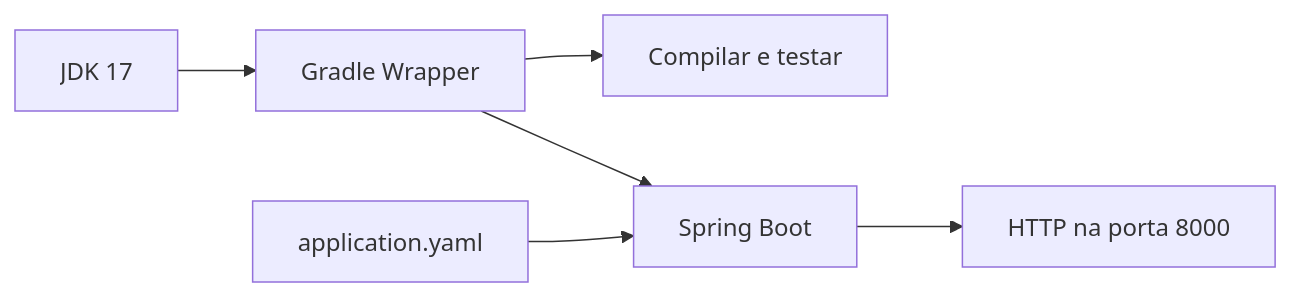
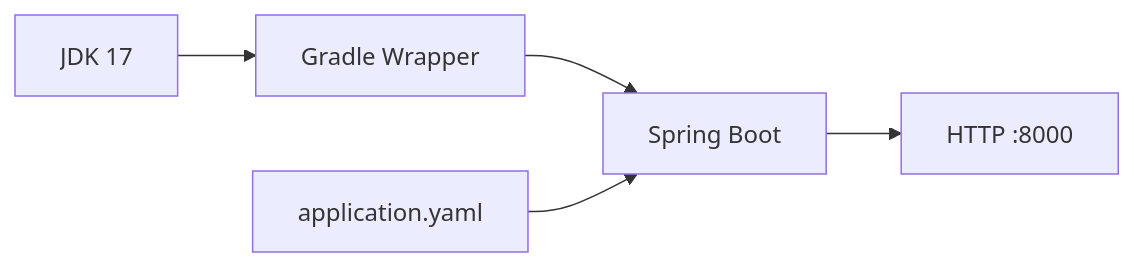
One commit to e24Dev/CaixaDeSugestoes changed the diagram in docs/01-projeto-spring-boot.md. Above: the diagram before and after it, drawn with Mermaid. The commit also changed other lines of this file and 17 other files, not shown here.

````diff
--- a/docs/01-projeto-spring-boot.md
+++ b/docs/01-projeto-spring-boot.md
@@ -15,8 +13,7 @@
 ```mermaid
 flowchart LR
-    java["JDK 17"] --> gradle["Gradle Wrapper"]
-    gradle --> compilacao["Compilar e testar"]
-    gradle --> boot["Spring Boot"]
-    yaml["application.yaml"] --> boot
-    boot --> porta["HTTP na porta 8000"]
+    JDK["JDK 17"] --> Gradle["Gradle Wrapper"]
+    Gradle --> Boot["Spring Boot"]
+    YAML["application.yaml"] --> Boot
+    Boot --> HTTP["HTTP :8000"]
 ```
````
